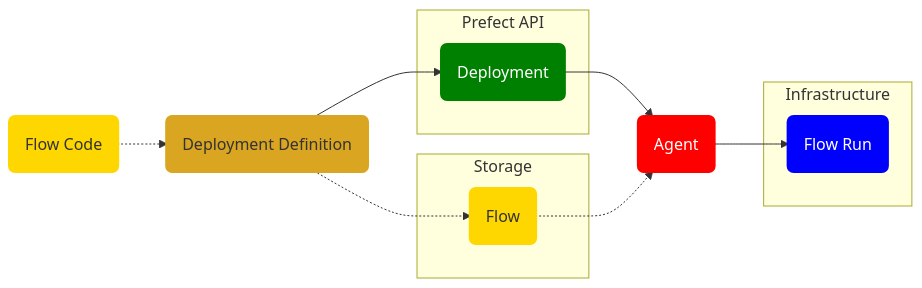
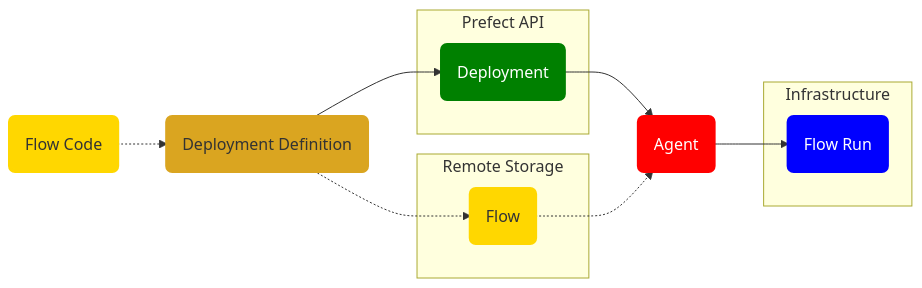
One commit to PrefectHQ/prefect changed the first of 2 diagrams in docs/concepts/deployments.md. Above: the diagram before and after it, drawn with Mermaid. The commit also changed other lines of this file, not shown here.

````diff
--- a/docs/concepts/deployments.md
+++ b/docs/concepts/deployments.md
@@ -36,26 +36,26 @@
 ```mermaid
 graph LR
     F(Flow Code):::yellow -.-> A(Deployment Definition):::gold
     subgraph Server [Prefect API]
     D(Deployment):::green
     end
-    subgraph Storage
+    subgraph Remote Storage
     B(Flow):::yellow
     end
     subgraph Infrastructure
     G(Flow Run):::blue
     end
     A --> D
     D --> E(Agent):::red
     B -.-> E
     A -.-> B
     E --> G
 
     classDef gold fill:goldenrod,stroke:goldenrod,stroke-width:4px
     classDef yellow fill:gold,stroke:gold,stroke-width:4px
     classDef gray fill:lightgray,stroke:lightgray,stroke-width:4px
     classDef blue fill:blue,stroke:blue,stroke-width:4px,color:white
     classDef green fill:green,stroke:green,stroke-width:4px,color:white
     classDef red fill:red,stroke:red,stroke-width:4px,color:white
     classDef dkgray fill:darkgray,stroke:darkgray,stroke-width:4px,color:white
 ```
````
